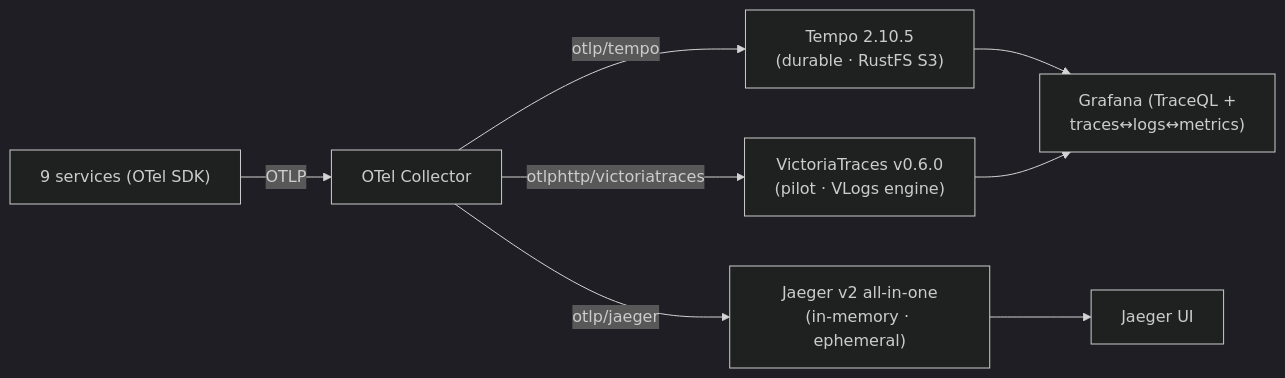
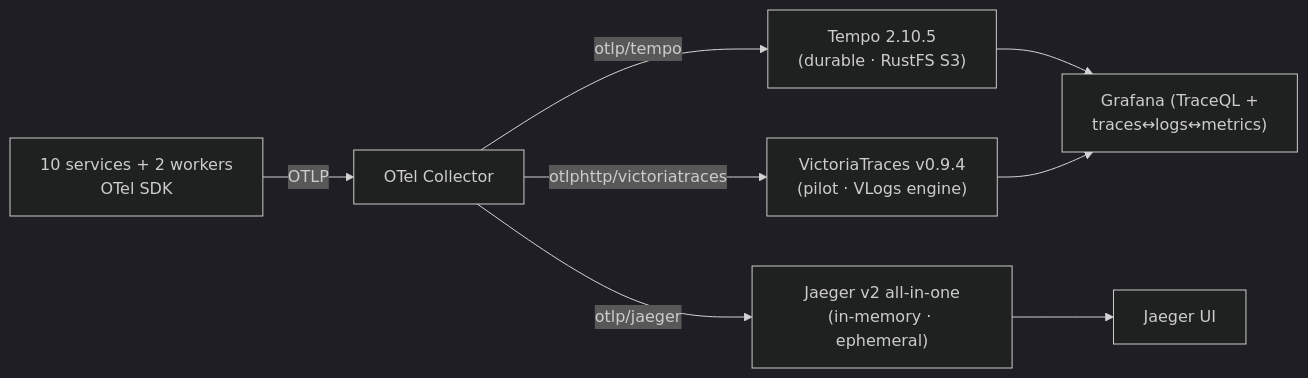
One commit to duynhlab/homelab changed the diagram in docs/observability/tracing/backends-comparison.md. Above: the diagram before and after it, drawn with Mermaid (dark theme). The commit also changed other lines of this file and 16 other files, not shown here.

````diff
--- a/docs/observability/tracing/backends-comparison.md
+++ b/docs/observability/tracing/backends-comparison.md
@@ -15,10 +17,10 @@
 ```mermaid
 flowchart LR
-  Apps["9 services (OTel SDK)"] -->|OTLP| OC["OTel Collector"]
+  Apps["10 services + 2 workers<br/>OTel SDK"] -->|OTLP| OC["OTel Collector"]
   OC -->|otlp/tempo| T["Tempo 2.10.5<br/>(durable · RustFS S3)"]
   OC -->|otlp/jaeger| J["Jaeger v2 all-in-one<br/>(in-memory · ephemeral)"]
-  OC -->|otlphttp/victoriatraces| V["VictoriaTraces v0.6.0<br/>(pilot · VLogs engine)"]
+  OC -->|otlphttp/victoriatraces| V["VictoriaTraces v0.9.4<br/>(pilot · VLogs engine)"]
   T --> G["Grafana (TraceQL +<br/>traces↔logs↔metrics)"]
   J --> JU["Jaeger UI"]
   V --> G
 ```
````
